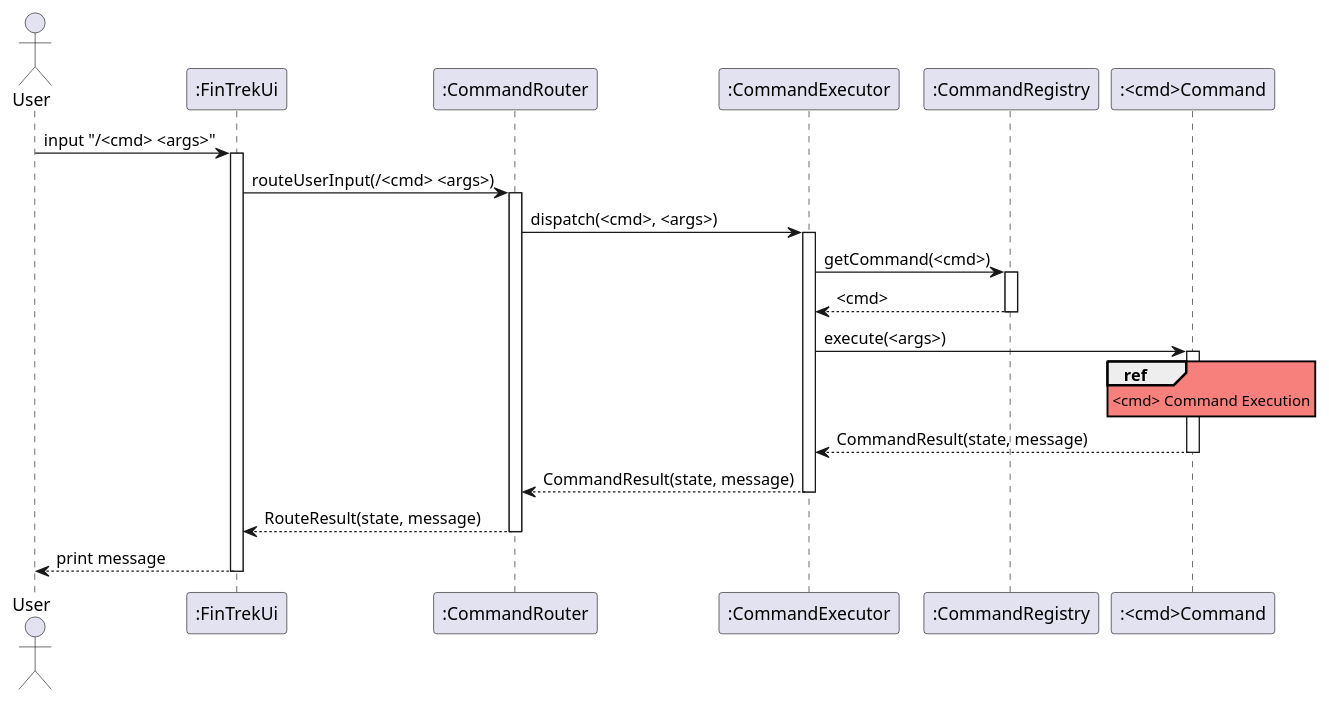
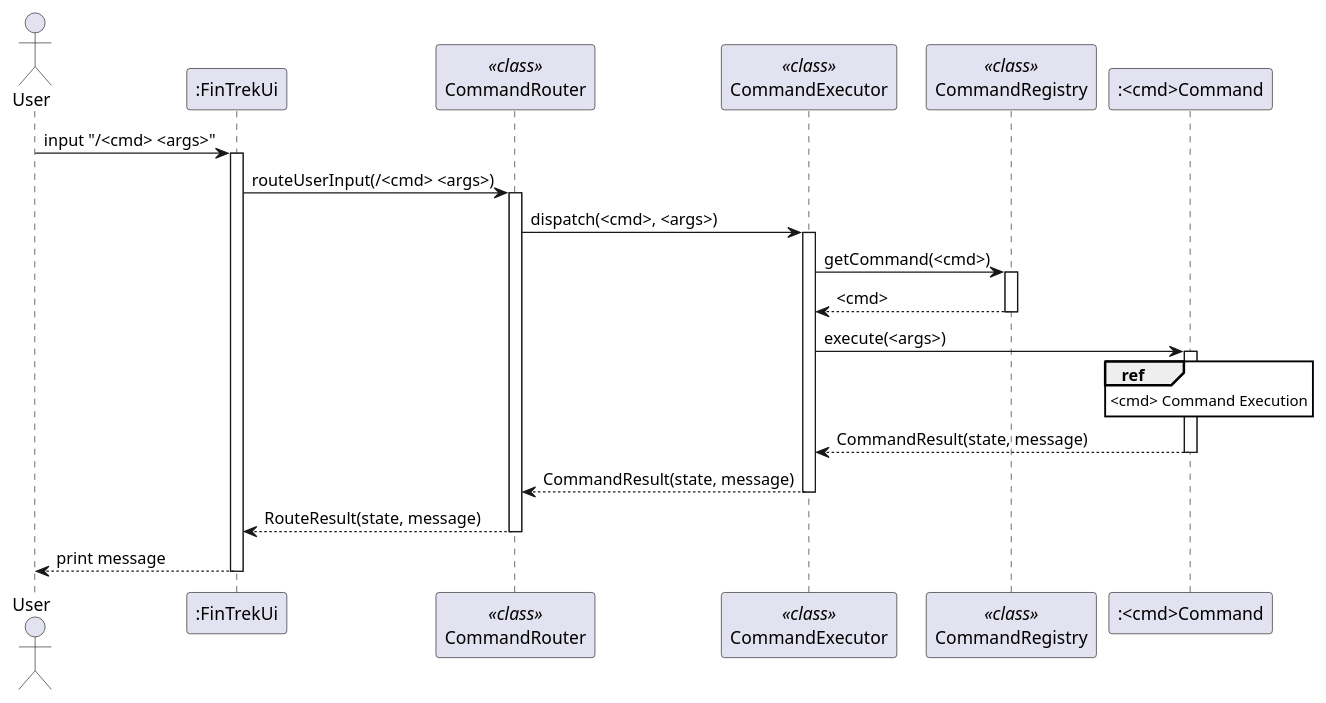
One commit to randust/tp changed the diagram in docs/diagrams/sequence/parse_w_ref.puml. Above: the diagram before and after it, drawn with PlantUML. The commit also changed 8 other files, not shown here.

Commit message:
Update TotalCommand to set limit, update parser, summary, edit sequence diagrams

```diff
--- a/docs/diagrams/sequence/parse_w_ref.puml
+++ b/docs/diagrams/sequence/parse_w_ref.puml
@@ -1,48 +1,48 @@
 @startuml
-skinparam sequenceReferenceBackgroundColor #f7807c
+skinparam sequenceReferenceBackgroundColor #fffff
 actor "User" as user
 participant ":FinTrekUi" as FT
-participant ":CommandRouter" as router
-participant ":CommandExecutor" as executor
-participant ":CommandRegistry" as registry
+participant "CommandRouter" as router <<class>>
+participant "CommandExecutor" as executor <<class>>
+participant "CommandRegistry" as registry <<class>>
 
 participant ":<cmd>Command" as SC
 
 
 user -> FT: input "/<cmd> <args>"
 activate FT
 
 
 FT -> router: routeUserInput(/<cmd> <args>)
 activate router
 
 router -> executor: dispatch(<cmd>, <args>)
 activate executor
 
 executor -> registry: getCommand(<cmd>)
 activate registry
 
 registry --> executor: <cmd>
 deactivate registry
 
 executor -> SC: execute(<args>)
 activate SC
 
 
 ref over SC
 <cmd> Command Execution
 end ref
 
 SC --> executor: CommandResult(state, message)
 deactivate SC
 
 executor --> router: CommandResult(state, message)
 deactivate executor
 
 router --> FT: RouteResult(state, message)
 deactivate router
 
 FT --> user: print message
 deactivate FT
 
 @enduml
```
